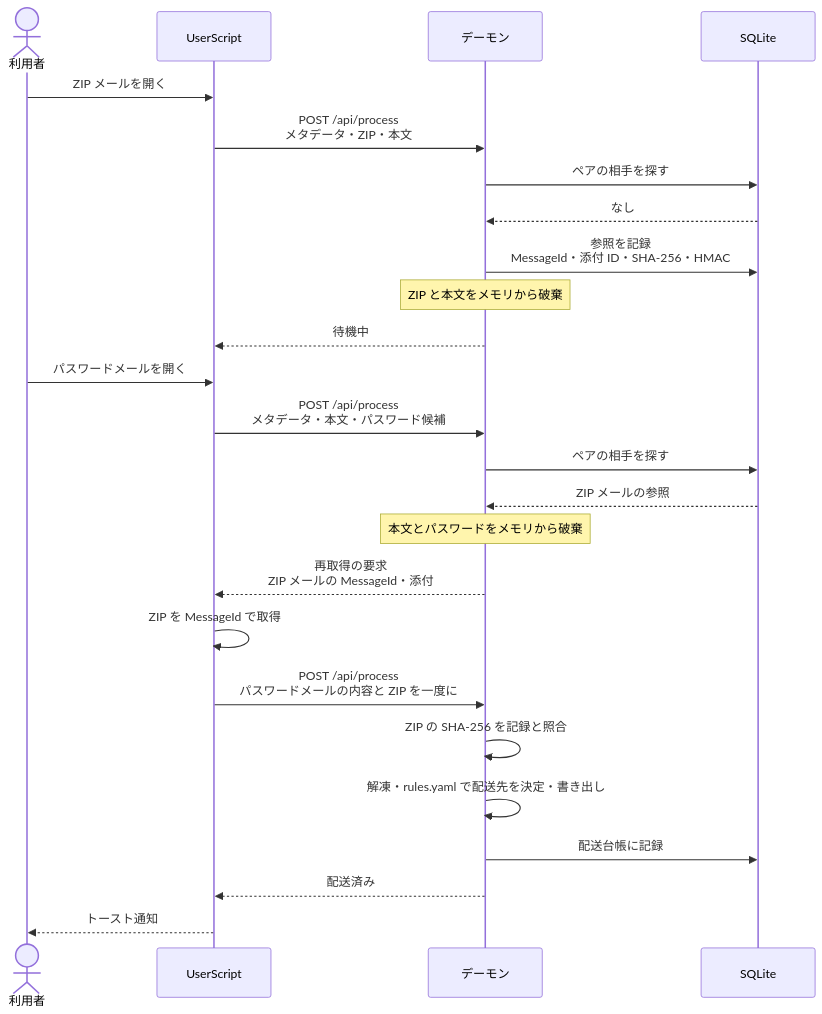
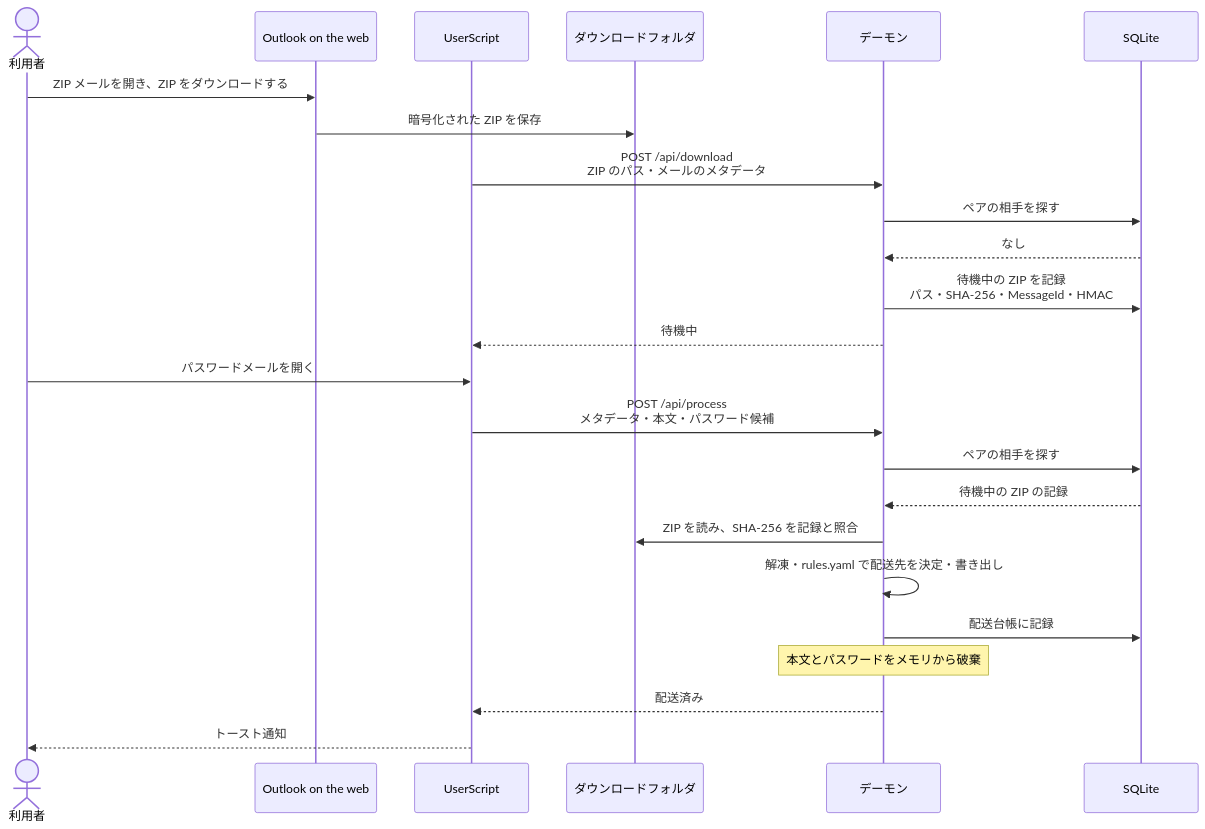
One commit to ShortArrow/ppapd changed the third of 5 diagrams in docs/ARCHITECTURE.md. Above: the diagram before and after it, drawn with Mermaid. The commit also changed other lines of this file and 3 other files, not shown here.

````diff
--- a/docs/ARCHITECTURE.md
+++ b/docs/ARCHITECTURE.md
@@ -67,29 +67,28 @@
 ```mermaid
 sequenceDiagram
     actor U as 利用者
+    participant OWA as Outlook on the web
     participant US as UserScript
+    participant DL as ダウンロードフォルダ
     participant D as デーモン
     participant DB as SQLite
 
-    U->>US: ZIP メールを開く
-    US->>D: POST /api/process<br/>メタデータ・ZIP・本文
+    U->>OWA: ZIP メールを開き、ZIP をダウンロードする
+    OWA->>DL: 暗号化された ZIP を保存
+    US->>D: POST /api/download<br/>ZIP のパス・メールのメタデータ
     D->>DB: ペアの相手を探す
     DB-->>D: なし
-    D->>DB: 参照を記録<br/>MessageId・添付 ID・SHA-256・HMAC
-    Note over D: ZIP と本文をメモリから破棄
+    D->>DB: 待機中の ZIP を記録<br/>パス・SHA-256・MessageId・HMAC
     D-->>US: 待機中
 
     U->>US: パスワードメールを開く
     US->>D: POST /api/process<br/>メタデータ・本文・パスワード候補
     D->>DB: ペアの相手を探す
-    DB-->>D: ZIP メールの参照
-    Note over D: 本文とパスワードをメモリから破棄
-    D-->>US: 再取得の要求<br/>ZIP メールの MessageId・添付
-    US->>US: ZIP を MessageId で取得
-    US->>D: POST /api/process<br/>パスワードメールの内容と ZIP を一度に
-    D->>D: ZIP の SHA-256 を記録と照合
+    DB-->>D: 待機中の ZIP の記録
+    D->>DL: ZIP を読み、SHA-256 を記録と照合
     D->>D: 解凍・rules.yaml で配送先を決定・書き出し
     D->>DB: 配送台帳に記録
+    Note over D: 本文とパスワードをメモリから破棄
     D-->>US: 配送済み
     US-->>U: トースト通知
 ```
````
